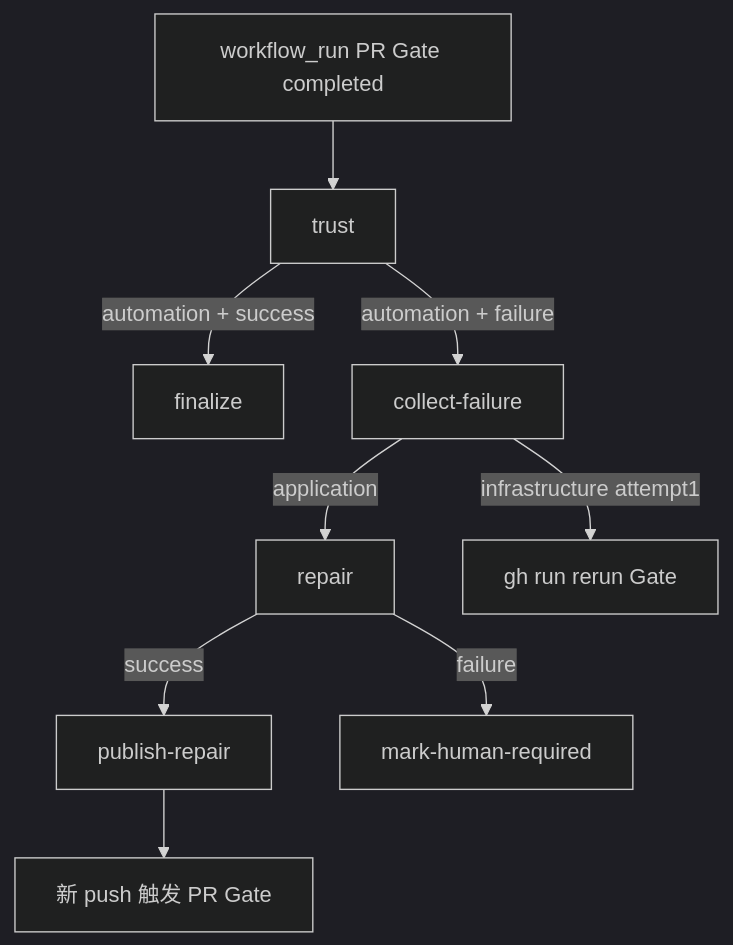
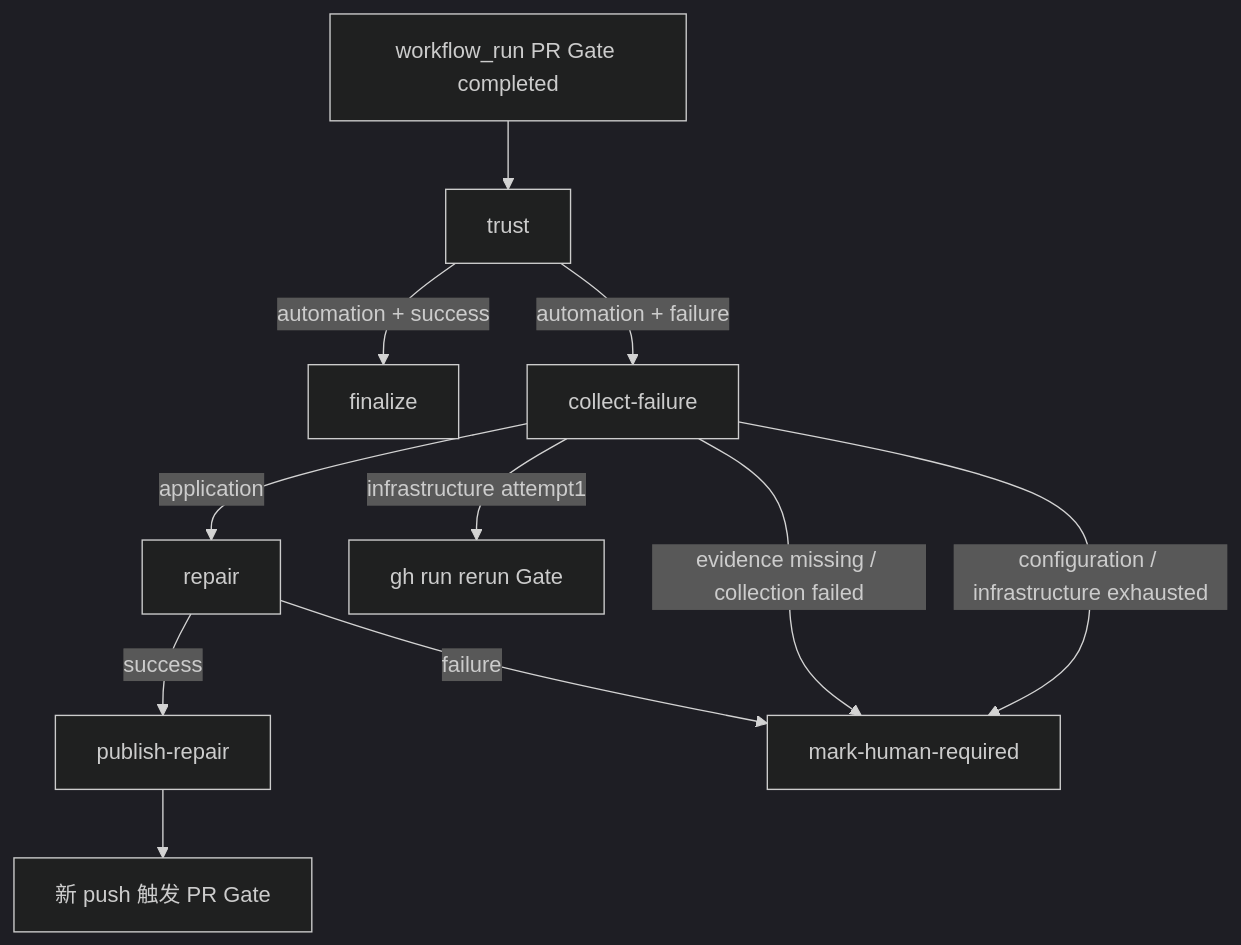
The diagram in .github/workflows/pr-outcome.yml.md (liuzhuang/signalpatch), drawn with Mermaid (dark theme) before and after one commit. The commit also changed other lines of this file and 17 other files, not shown here.

````diff
--- a/.github/workflows/pr-outcome.yml.md
+++ b/.github/workflows/pr-outcome.yml.md
@@ -24,19 +24,21 @@
 ```mermaid
 flowchart TD
   WR[workflow_run PR Gate completed]
   trust[trust]
   fin[finalize]
   cf[collect-failure]
   rep[repair]
   pub[publish-repair]
   mhr[mark-human-required]
 
   WR --> trust
   trust -->|automation + success| fin
   trust -->|automation + failure| cf
   cf -->|infrastructure attempt1| rerun[gh run rerun Gate]
+  cf -->|configuration / infrastructure exhausted| mhr
+  cf -->|evidence missing / collection failed| mhr
   cf -->|application| rep
   rep -->|success| pub
   rep -->|failure| mhr
   pub --> newGate[新 push 触发 PR Gate]
 ```
````
